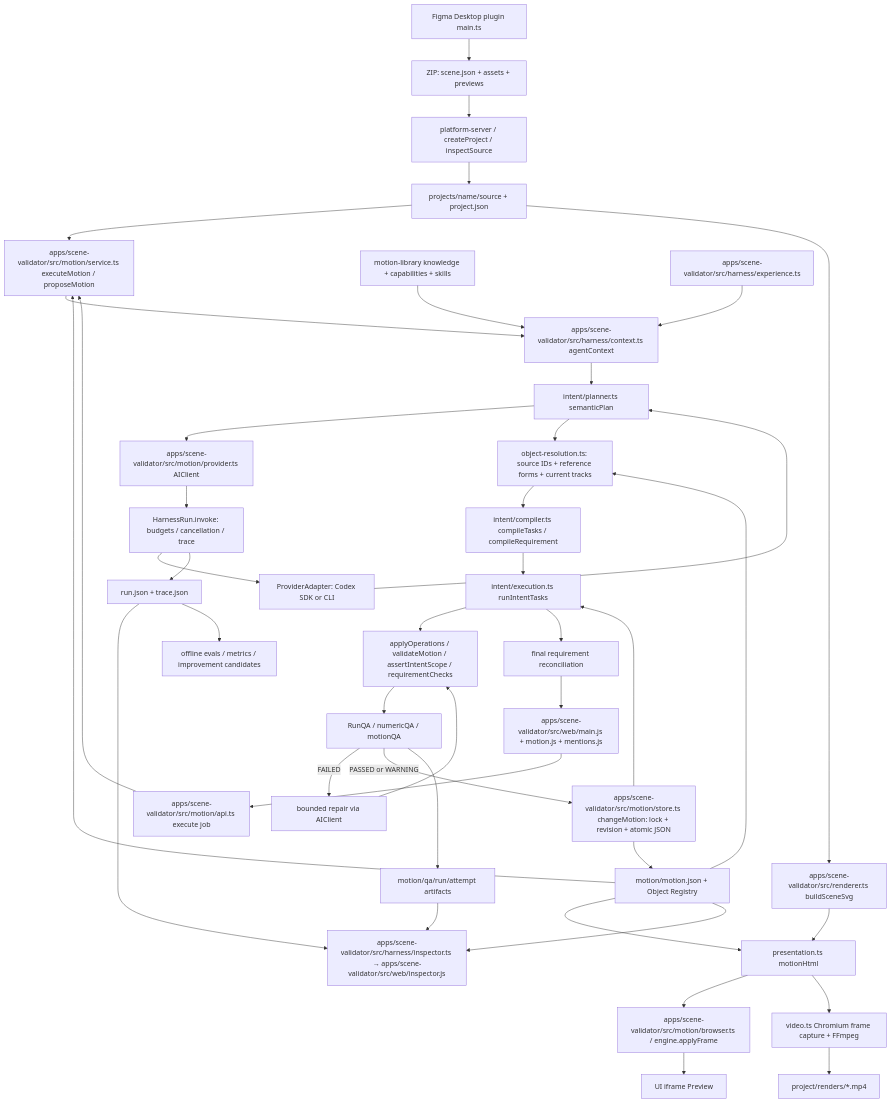
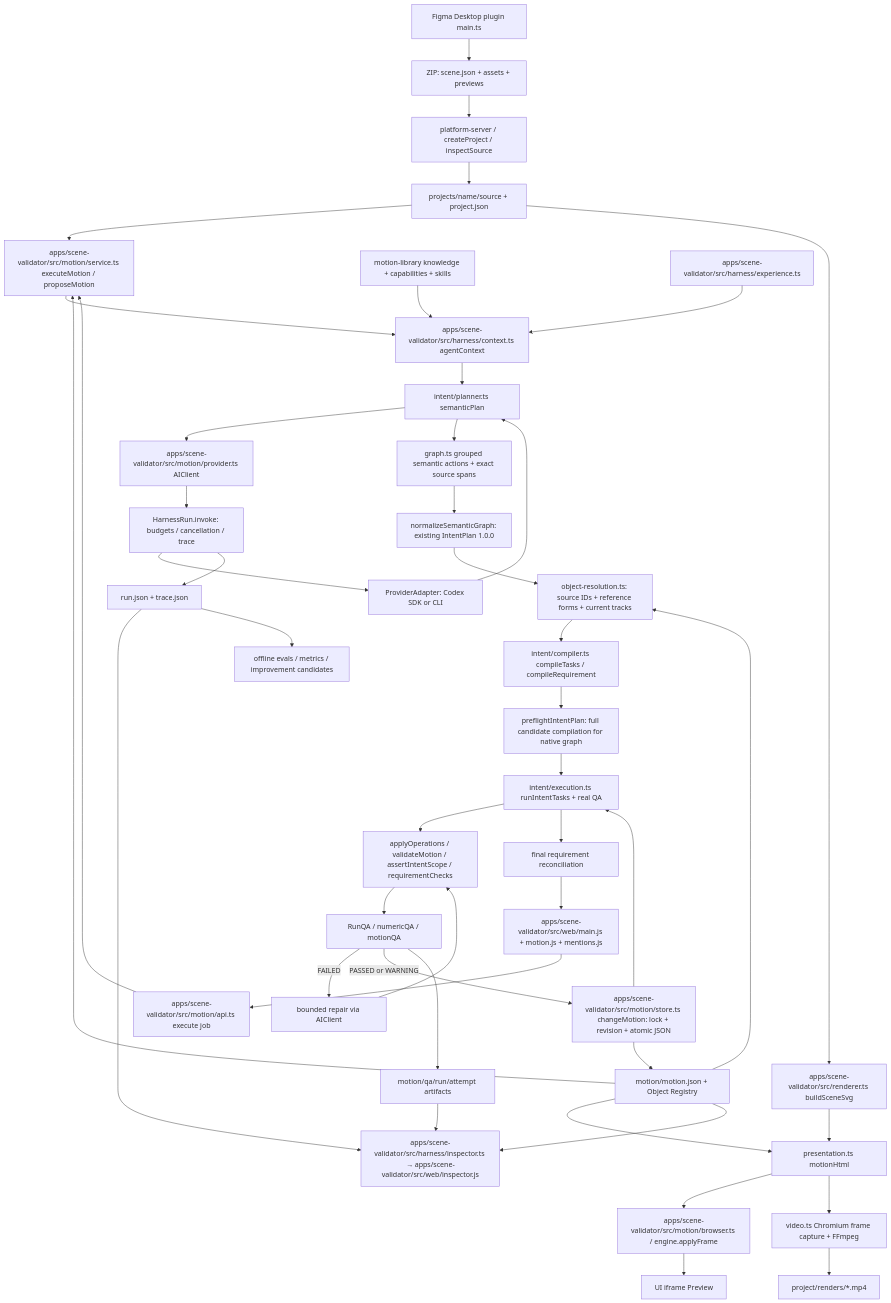
The diagram in docs/architecture-handoff.md (alexsysoev17/akella), drawn with Mermaid before and after one commit. The commit also changed other lines of this file and 29 other files, not shown here.

Commit message:
Stabilize semantic graph execution and agent benchmarks

````diff
--- a/docs/architecture-handoff.md
+++ b/docs/architecture-handoff.md
@@ -52,44 +52,47 @@
 ```mermaid
 flowchart TD
   F[Figma Desktop plugin main.ts] --> Z[ZIP: scene.json + assets + previews]
   Z --> I[platform-server / createProject / inspectSource]
   I --> S[projects/name/source + project.json]
   UI[apps/scene-validator/src/web/main.js + motion.js + mentions.js] --> API[apps/scene-validator/src/motion/api.ts execute job]
   API --> O[apps/scene-validator/src/motion/service.ts executeMotion / proposeMotion]
   S --> O
   MS[motion/motion.json + Object Registry] --> O
   O --> C[apps/scene-validator/src/harness/context.ts agentContext]
   K[motion-library knowledge + capabilities + skills] --> C
   EXP[apps/scene-validator/src/harness/experience.ts] --> C
   C --> SP[intent/planner.ts semanticPlan]
   SP --> AC[apps/scene-validator/src/motion/provider.ts AIClient]
   AC --> HR[HarnessRun.invoke: budgets / cancellation / trace]
   HR --> PA[ProviderAdapter: Codex SDK or CLI]
   PA --> SP
-  SP --> NR[object-resolution.ts: source IDs + reference forms + current tracks]
+  SP --> SG[graph.ts grouped semantic actions + exact source spans]
+  SG --> IR[normalizeSemanticGraph: existing IntentPlan 1.0.0]
+  IR --> NR[object-resolution.ts: source IDs + reference forms + current tracks]
   MS --> NR
   NR --> IT[intent/compiler.ts compileTasks / compileRequirement]
-  IT --> EX[intent/execution.ts runIntentTasks]
+  IT --> PF[preflightIntentPlan: full candidate compilation for native graph]
+  PF --> EX[intent/execution.ts runIntentTasks + real QA]
   EX --> V[applyOperations / validateMotion / assertIntentScope / requirementChecks]
   V --> QA[RunQA / numericQA / motionQA]
   QA -->|FAILED| RE[bounded repair via AIClient]
   RE --> V
   QA -->|PASSED or WARNING| CM[apps/scene-validator/src/motion/store.ts changeMotion: lock + revision + atomic JSON]
   CM --> MS
   CM --> EX
   EX --> FC[final requirement reconciliation]
   FC --> UI
   MS --> P[presentation.ts motionHtml]
   S --> R[apps/scene-validator/src/renderer.ts buildSceneSvg]
   R --> P
   P --> B[apps/scene-validator/src/motion/browser.ts / engine.applyFrame]
   B --> PRE[UI iframe Preview]
   P --> VID[video.ts Chromium frame capture + FFmpeg]
   VID --> MP4[project/renders/*.mp4]
   HR --> LOG[run.json + trace.json]
   QA --> ART[motion/qa/run/attempt artifacts]
   LOG --> INS[apps/scene-validator/src/harness/inspector.ts → apps/scene-validator/src/web/inspector.js]
   ART --> INS
   MS --> INS
   LOG --> EV[offline evals / metrics / improvement candidates]
 ```
````
